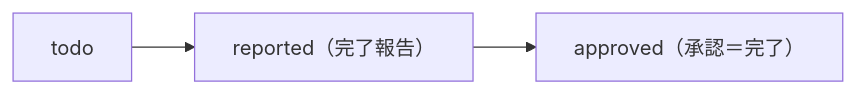
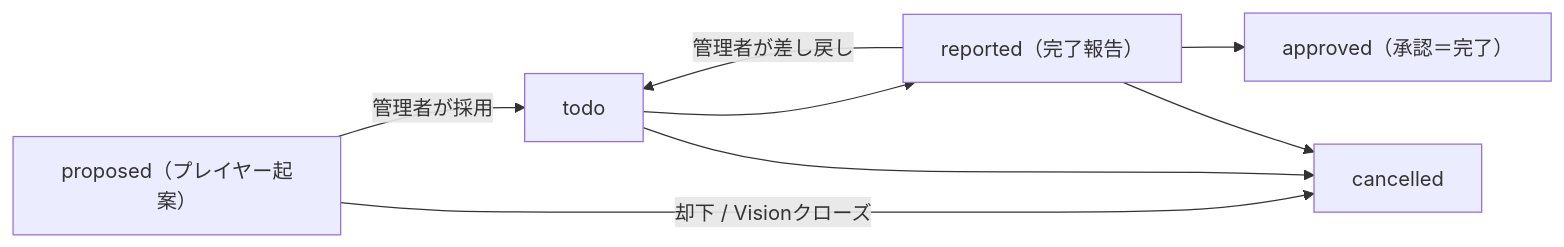
One commit to FujimoriGit/PairCommit changed the third of 3 diagrams in design.md. Above: the diagram before and after it, drawn with Mermaid. The commit also changed other lines of this file, not shown here.

First line of the commit message:
Update design memo: task/vision lifecycle gaps, naming, roadmap

````diff
--- a/design.md
+++ b/design.md
@@ -150,4 +157,9 @@
 ```mermaid
 graph LR
-    todo["todo"] --> reported["reported（完了報告）"] --> approved["approved（承認＝完了）"]
+    proposed["proposed（プレイヤー起案）"] -->|"管理者が採用"| todo["todo"]
+    todo --> reported["reported（完了報告）"] --> approved["approved（承認＝完了）"]
+    reported -->|"管理者が差し戻し"| todo
+    proposed -->|"却下 / Visionクローズ"| cancelled["cancelled"]
+    todo --> cancelled
+    reported --> cancelled
 ```
````
